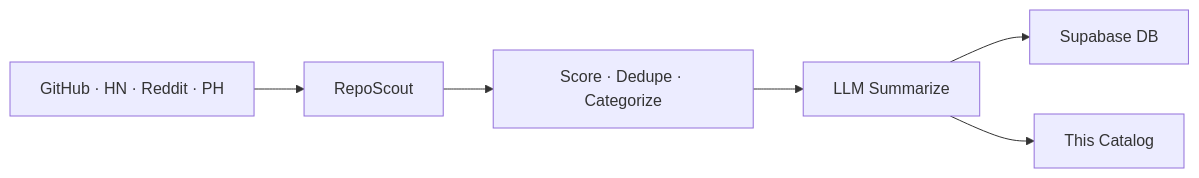
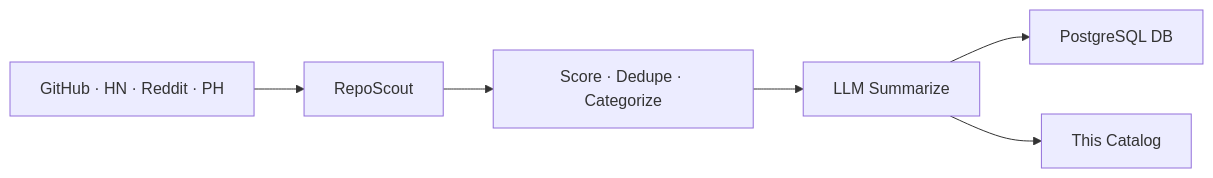
The diagram in README.md (Joshuamambo1/open-source), drawn with Mermaid before and after one commit. The commit also changed other lines of this file and 49 other files, not shown here.

````diff
--- a/README.md
+++ b/README.md
@@ -55,8 +55,8 @@
 ```mermaid
 graph LR
   A[GitHub · HN · Reddit · PH] --> B[RepoScout]
   B --> C[Score · Dedupe · Categorize]
   C --> D[LLM Summarize]
-  D --> E[Supabase DB]
+  D --> E[PostgreSQL DB]
   D --> F[This Catalog]
 ```
````
